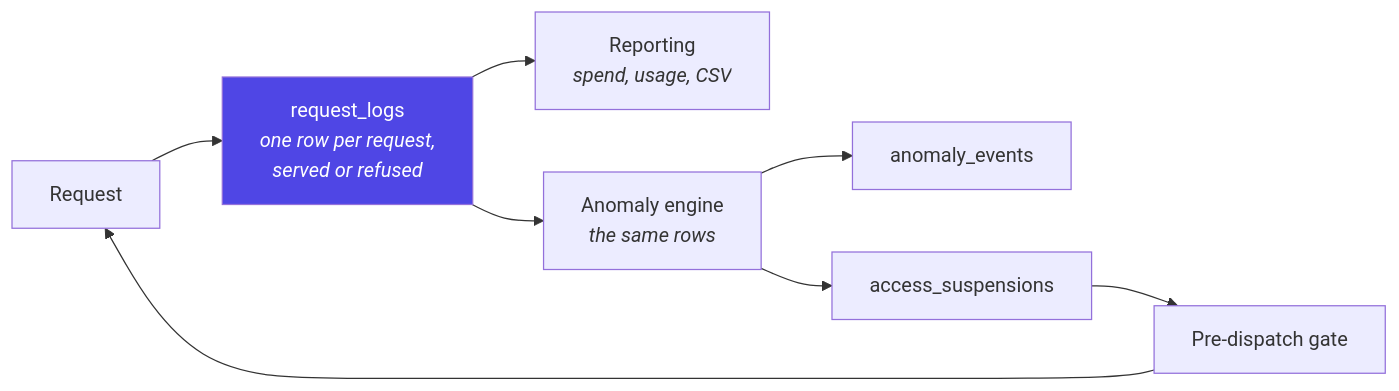
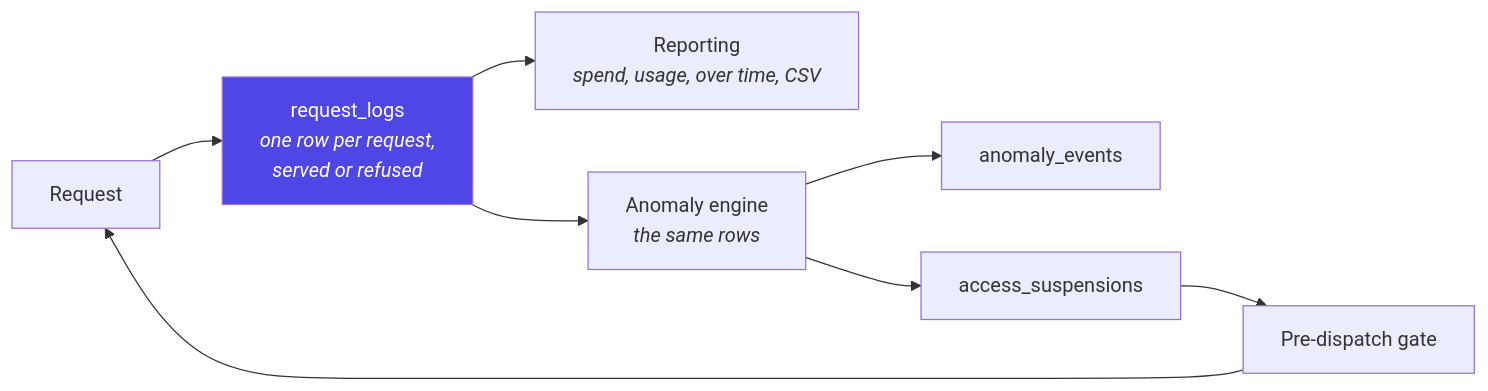
One commit to InigoImago/AIRA-Gateway changed the eighth of 13 diagrams in docs/ARCHITECTURE.md. Above: the diagram before and after it, drawn with Mermaid. The commit also changed other lines of this file and 66 other files, not shown here.

````diff
--- a/docs/ARCHITECTURE.md
+++ b/docs/ARCHITECTURE.md
@@ -705,12 +705,12 @@
 ```mermaid
 graph LR
     req["Request"] --> log["request_logs<br/><i>one row per request,<br/>served or refused</i>"]
-    log --> report["Reporting<br/><i>spend, usage, CSV</i>"]
+    log --> report["Reporting<br/><i>spend, usage, over time, CSV</i>"]
     log --> detect["Anomaly engine<br/><i>the same rows</i>"]
     detect --> event["anomaly_events"]
     detect --> susp["access_suspensions"]
     susp --> gate["Pre-dispatch gate"]
     gate --> req
 
     style log fill:#4f46e5,color:#fff
 ```
````
